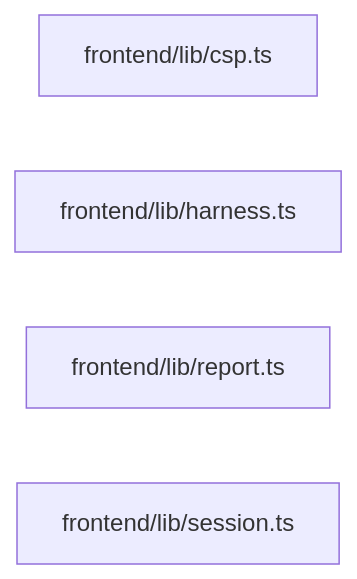
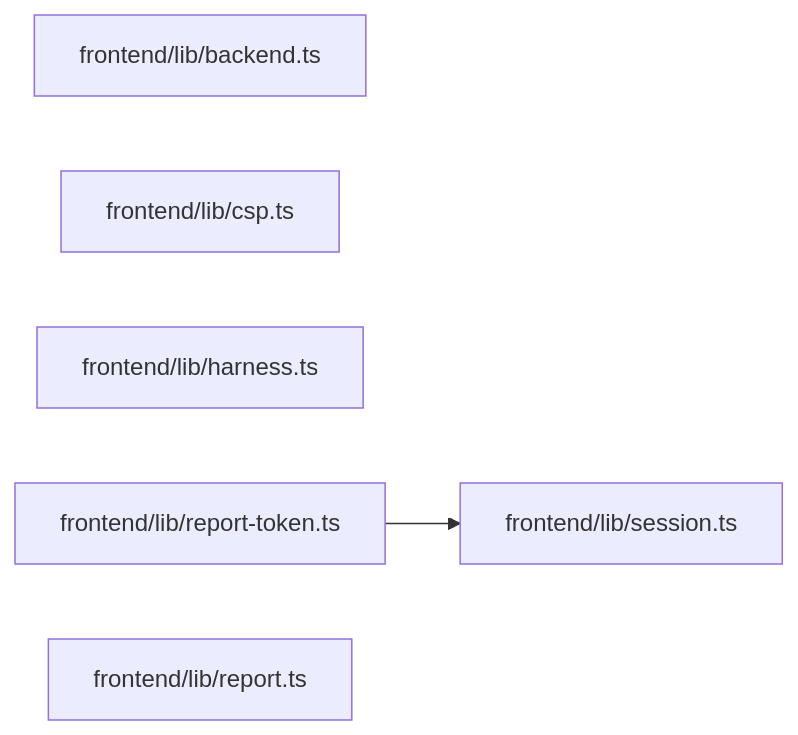
Before and after one commit to sarveshtalele/maf-harness-testing: the ninth of 21 diagrams in docs/ARCHITECTURE_MAP.md, drawn with Mermaid. The commit also changed other lines of this file and 13 other files, not shown here.

First line of the commit message:
Report files by token prefix; persistent per-port session; no Origin-null exception

````diff
--- a/docs/ARCHITECTURE_MAP.md
+++ b/docs/ARCHITECTURE_MAP.md
@@ -357,7 +359,10 @@
 ```mermaid
 flowchart LR
-  f0["frontend/lib/csp.ts"]
-  f1["frontend/lib/harness.ts"]
-  f2["frontend/lib/report.ts"]
-  f3["frontend/lib/session.ts"]
+  f0["frontend/lib/backend.ts"]
+  f1["frontend/lib/csp.ts"]
+  f2["frontend/lib/harness.ts"]
+  f3["frontend/lib/report-token.ts"]
+  f4["frontend/lib/report.ts"]
+  f5["frontend/lib/session.ts"]
+  f3 --> f5
 ```
````
